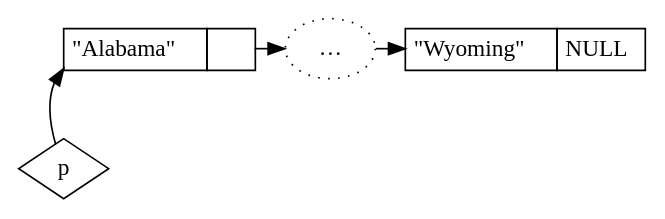
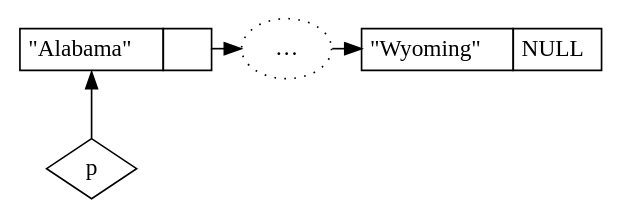
One commit to ronan-d/separation-logic-presentation changed the diagram in list.dot. Above: the diagram before and after it, drawn with Graphviz.

Commit message:
Checkpoint

```diff
--- a/list.dot
+++ b/list.dot
@@ -1,35 +1,35 @@
 digraph List {
     rankdir = BT;
 
     p [shape = diamond, label = p]
 
     subgraph cells {
         rank=same;
 
         c1 [shape=plain, margin=0, label = <
             <TABLE BORDER="0" CELLBORDER="1" CELLSPACING="0" CELLPADDING="4">
                 <TR>
                     <TD PORT="elem">"Alabama"</TD>
                     <TD>    </TD>
                 </TR>
             </TABLE>
         >]
 
         c2 [shape=ellipse, style = dotted, label = "…"]
 
         c3 [shape=plain, margin=0, label = <
             <TABLE BORDER="0" CELLBORDER="1" CELLSPACING="0" CELLPADDING="4">
                 <TR>
                     <TD>"Wyoming"</TD>
                     <TD>NULL</TD>
                 </TR>
             </TABLE>
         >]
 
         c1 -> c2;
         c2 -> c3;
     }
 
-    p -> c1:elem:sw;
+    p -> c1:elem:s;
     // p -> c3;
 }
```
